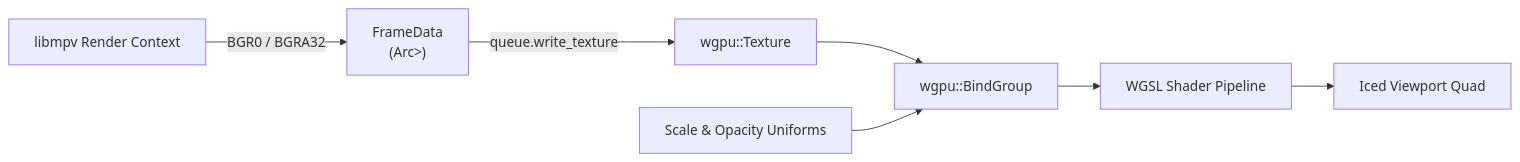
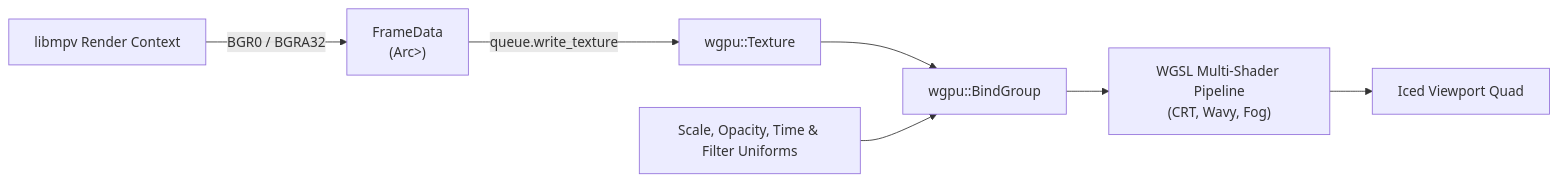
Before and after one commit to alkali-softworks/wazoo: the first of 2 diagrams in docs/wazoo-media.md, drawn with Mermaid. The commit also changed other lines of this file and 1 other file, not shown here.

Commit message:
docs: update wazoo-app and wazoo-media architecture documentation

````diff
--- a/docs/wazoo-media.md
+++ b/docs/wazoo-media.md
@@ -53,9 +54,9 @@
 ```mermaid
 graph LR
     mpv["libmpv Render Context"] -->|BGR0 / BGRA32| FrameBuf["FrameData<br/>(Arc<Mutex<FrameData>>)"]
     FrameBuf -->|queue.write_texture| Texture["wgpu::Texture"]
     Texture --> BindGroup["wgpu::BindGroup"]
-    Uniforms["Scale & Opacity Uniforms"] --> BindGroup
-    BindGroup --> Shader["WGSL Shader Pipeline"]
+    Uniforms["Scale, Opacity, Time & Filter Uniforms"] --> BindGroup
+    BindGroup --> Shader["WGSL Multi-Shader Pipeline<br/>(CRT, Wavy, Fog)"]
     Shader --> Framebuffer["Iced Viewport Quad"]
 ```
````
